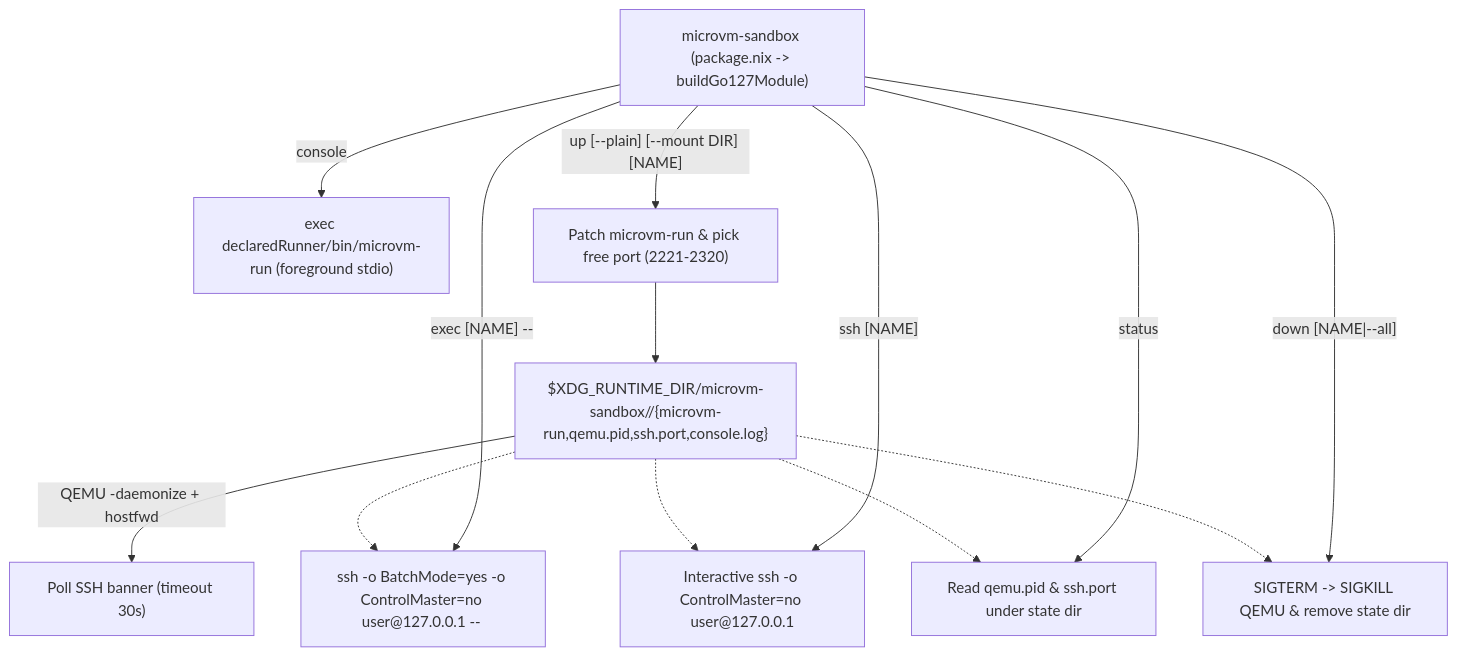
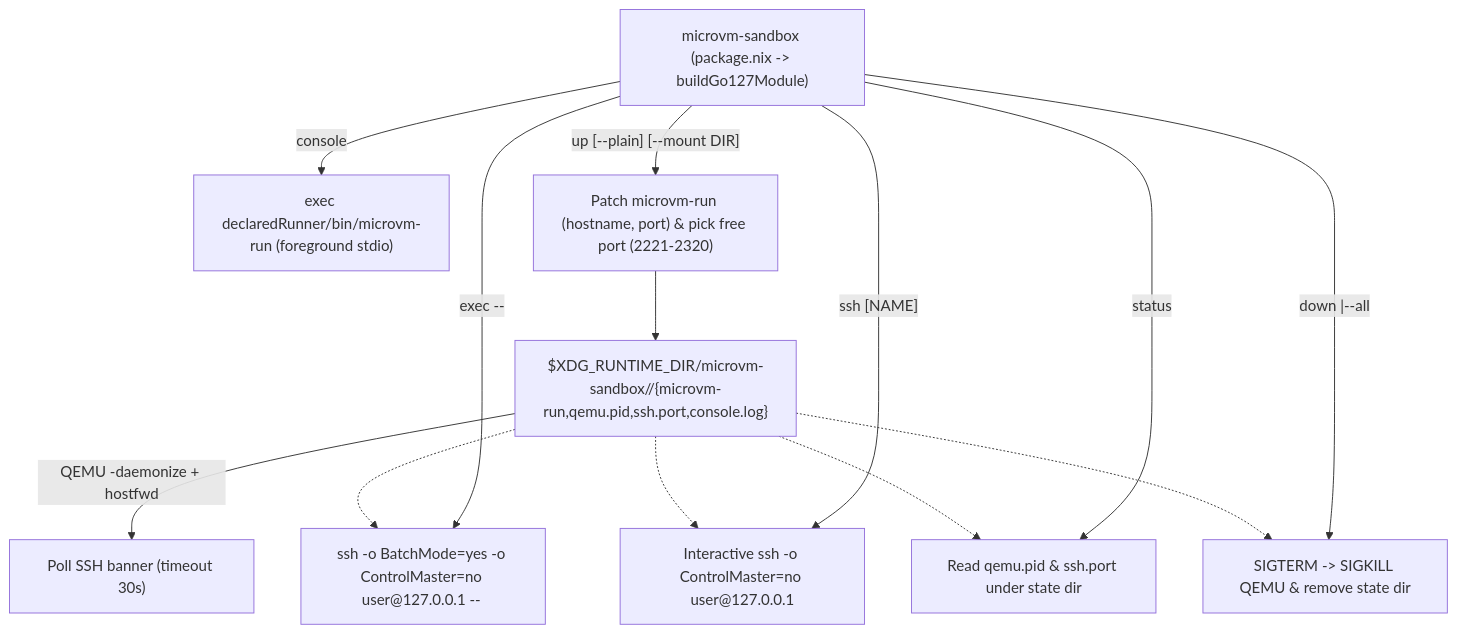
The second of 2 diagrams in nixos/hosts/sandbox/README.md (kachick/dotfiles), drawn with Mermaid before and after one commit. The commit also changed 2 other files, not shown here.

Commit message:
Set microvm-sandbox hostname per instance
All microvm-sandbox instances shared the same "sandbox" hostname, which
made it hard to tell running instances apart from inside a shell.

Also remove the fallback "default" instance name from up, exec, and down
so every command uses an explicit name or interactive picker like ssh.

````diff
--- a/nixos/hosts/sandbox/README.md
+++ b/nixos/hosts/sandbox/README.md
@@ -63,20 +63,20 @@
 ```mermaid
 flowchart TD
     cli["microvm-sandbox (package.nix -> buildGo127Module)"]
 
     cli -->|"console"| fg["exec declaredRunner/bin/microvm-run (foreground stdio)"]
 
-    cli -->|"up [--plain] [--mount DIR] [NAME]"| up["Patch microvm-run & pick free port (2221-2320)"]
+    cli -->|"up [--plain] [--mount DIR] <NAME>"| up["Patch microvm-run (hostname, port) & pick free port (2221-2320)"]
     up --> state["$XDG_RUNTIME_DIR/microvm-sandbox/<NAME>/{microvm-run,qemu.pid,ssh.port,console.log}"]
     state -->|"QEMU -daemonize + hostfwd"| wait["Poll SSH banner (timeout 30s)"]
 
-    cli -->|"exec [NAME] -- <CMD>"| exec_cmd["ssh -o BatchMode=yes -o ControlMaster=no user@127.0.0.1 -- <CMD>"]
+    cli -->|"exec <NAME> -- <CMD>"| exec_cmd["ssh -o BatchMode=yes -o ControlMaster=no user@127.0.0.1 -- <CMD>"]
     cli -->|"ssh [NAME]"| ssh_cmd["Interactive ssh -o ControlMaster=no user@127.0.0.1"]
     cli -->|"status"| status_cmd["Read qemu.pid & ssh.port under state dir"]
-    cli -->|"down [NAME|--all]"| down_cmd["SIGTERM -> SIGKILL QEMU & remove state dir"]
+    cli -->|"down <NAME>|--all"| down_cmd["SIGTERM -> SIGKILL QEMU & remove state dir"]
 
     state -.-> exec_cmd
     state -.-> ssh_cmd
     state -.-> status_cmd
     state -.-> down_cmd
 ```
````
